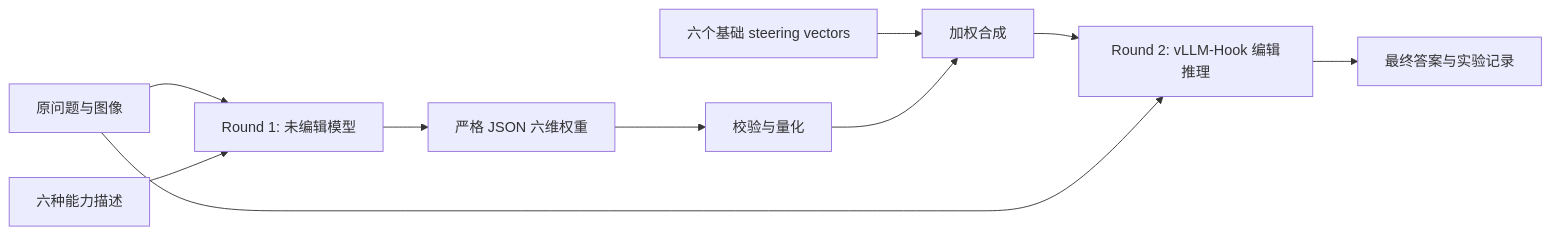
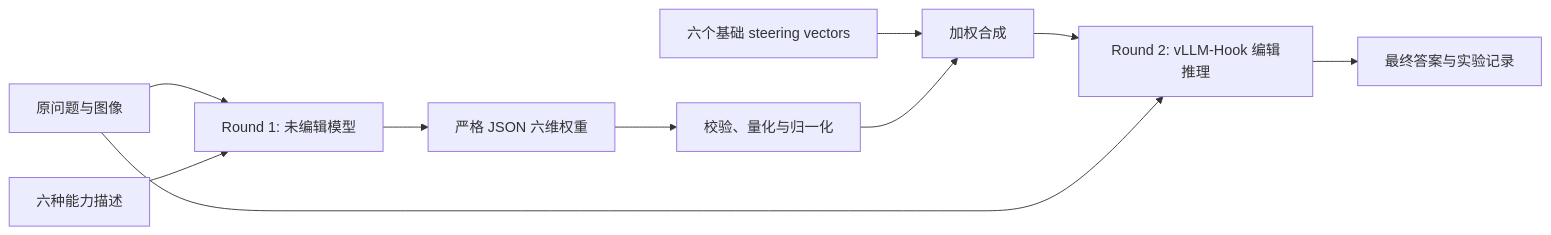
One commit to zju-gt/mllm_selfsteering changed the diagram in docs/adaptive_two_round_steering_design_zh.md. Above: the diagram before and after it, drawn with Mermaid. The commit also changed other lines of this file and 12 other files, not shown here.

````diff
--- a/docs/adaptive_two_round_steering_design_zh.md
+++ b/docs/adaptive_two_round_steering_design_zh.md
@@ -28,12 +28,12 @@
 ```mermaid
 flowchart LR
     A[原问题与图像] --> B[Round 1: 未编辑模型]
     C[六种能力描述] --> B
     B --> D[严格 JSON 六维权重]
-    D --> E[校验与量化]
+    D --> E[校验、量化与归一化]
     F[六个基础 steering vectors] --> G[加权合成]
     E --> G
     G --> H[Round 2: vLLM-Hook 编辑推理]
     A --> H
     H --> I[最终答案与实验记录]
 ```
````
